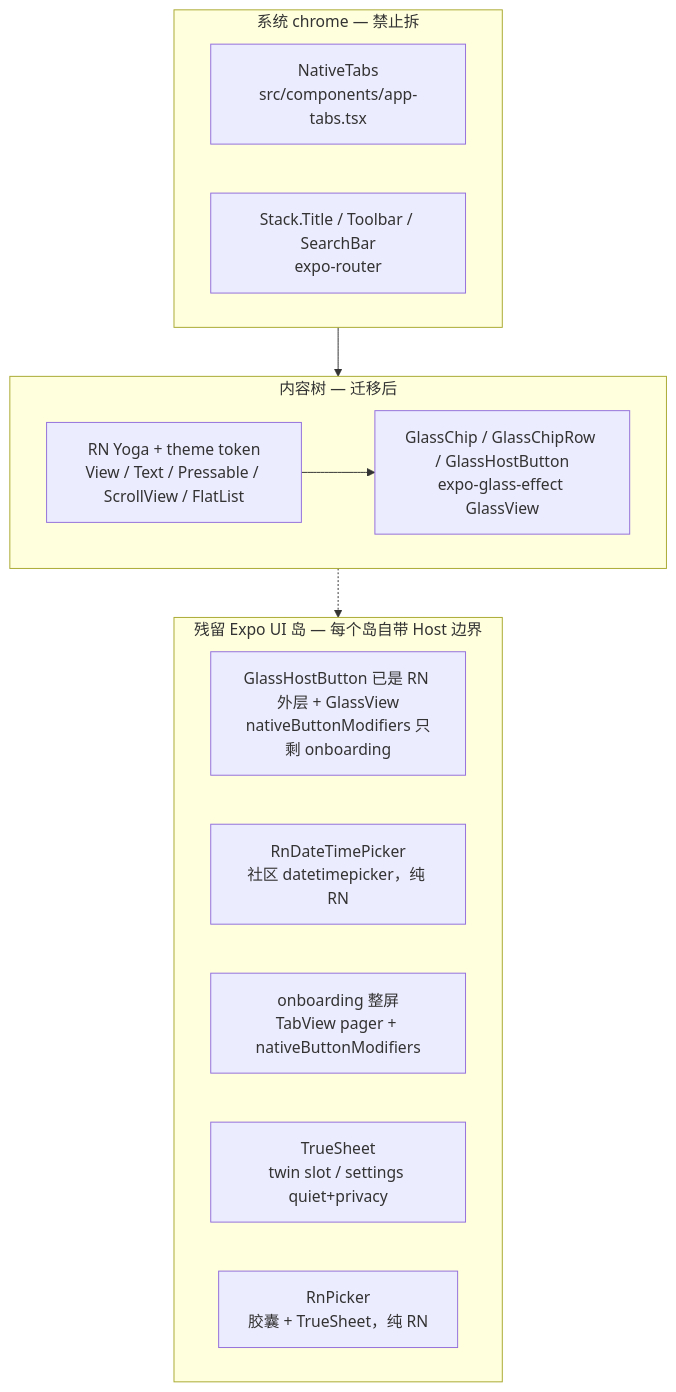
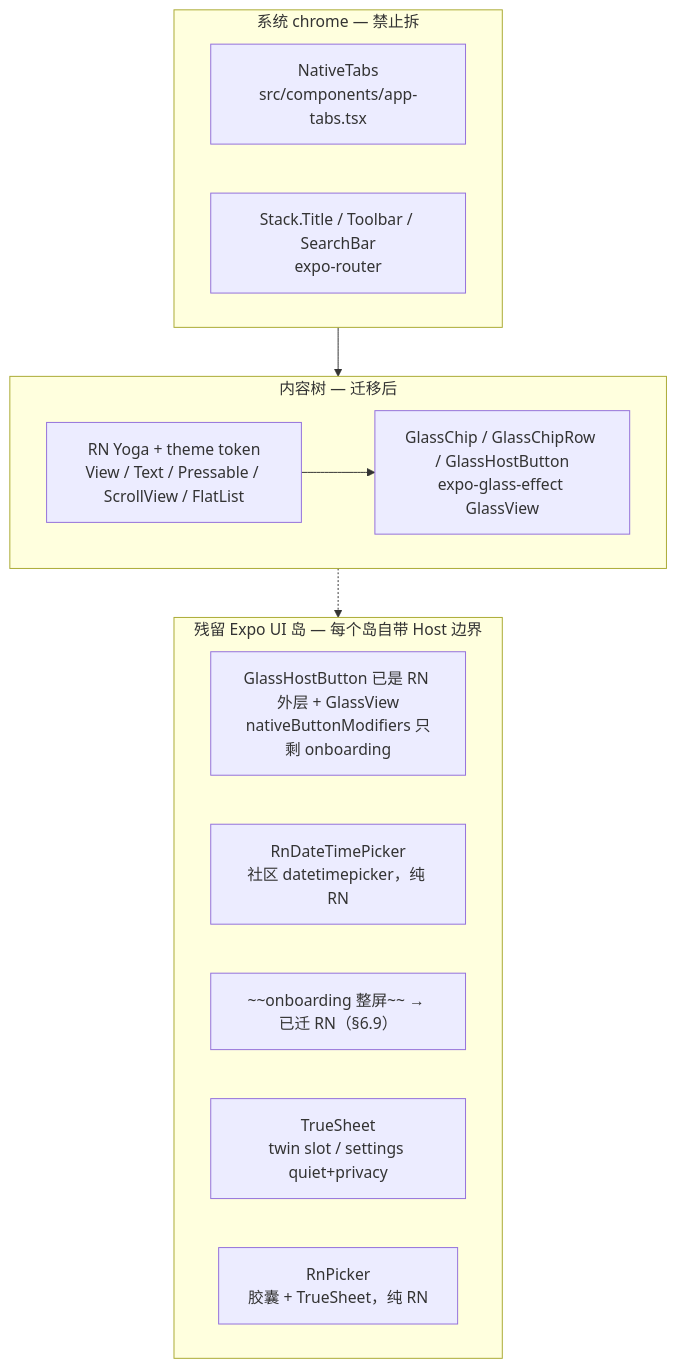
Before and after one commit to youngxhui/RememberYao: the first of 2 diagrams in app/docs/plans/迁移计划.md, drawn with Mermaid. The commit also changed other lines of this file and 4 other files, not shown here.

````diff
--- a/app/docs/plans/迁移计划.md
+++ b/app/docs/plans/迁移计划.md
@@ -105,24 +106,24 @@
 ```mermaid
 flowchart TB
   subgraph chrome [系统 chrome — 禁止拆]
     NT[NativeTabs<br/>src/components/app-tabs.tsx]
     ST[Stack.Title / Toolbar / SearchBar<br/>expo-router]
   end
 
   subgraph content [内容树 — 迁移后]
     RN[RN Yoga + theme token<br/>View / Text / Pressable / ScrollView / FlatList]
     GC[GlassChip / GlassChipRow / GlassHostButton<br/>expo-glass-effect GlassView]
     RN --> GC
   end
 
   subgraph islands [残留 Expo UI 岛 — 每个岛自带 Host 边界]
     GB[GlassHostButton 已是 RN 外层 + GlassView<br/>nativeButtonModifiers 只剩 onboarding]
     DP[RnDateTimePicker<br/>社区 datetimepicker，纯 RN]
-    OB[onboarding 整屏<br/>TabView pager + nativeButtonModifiers]
+    OB[~~onboarding 整屏~~ → 已迁 RN（§6.9）]
     TS[TrueSheet<br/>twin slot / settings quiet+privacy]
     PK[RnPicker<br/>胶囊 + TrueSheet，纯 RN]
   end
 
   chrome --> content
   content -.-> islands
 ```
````
